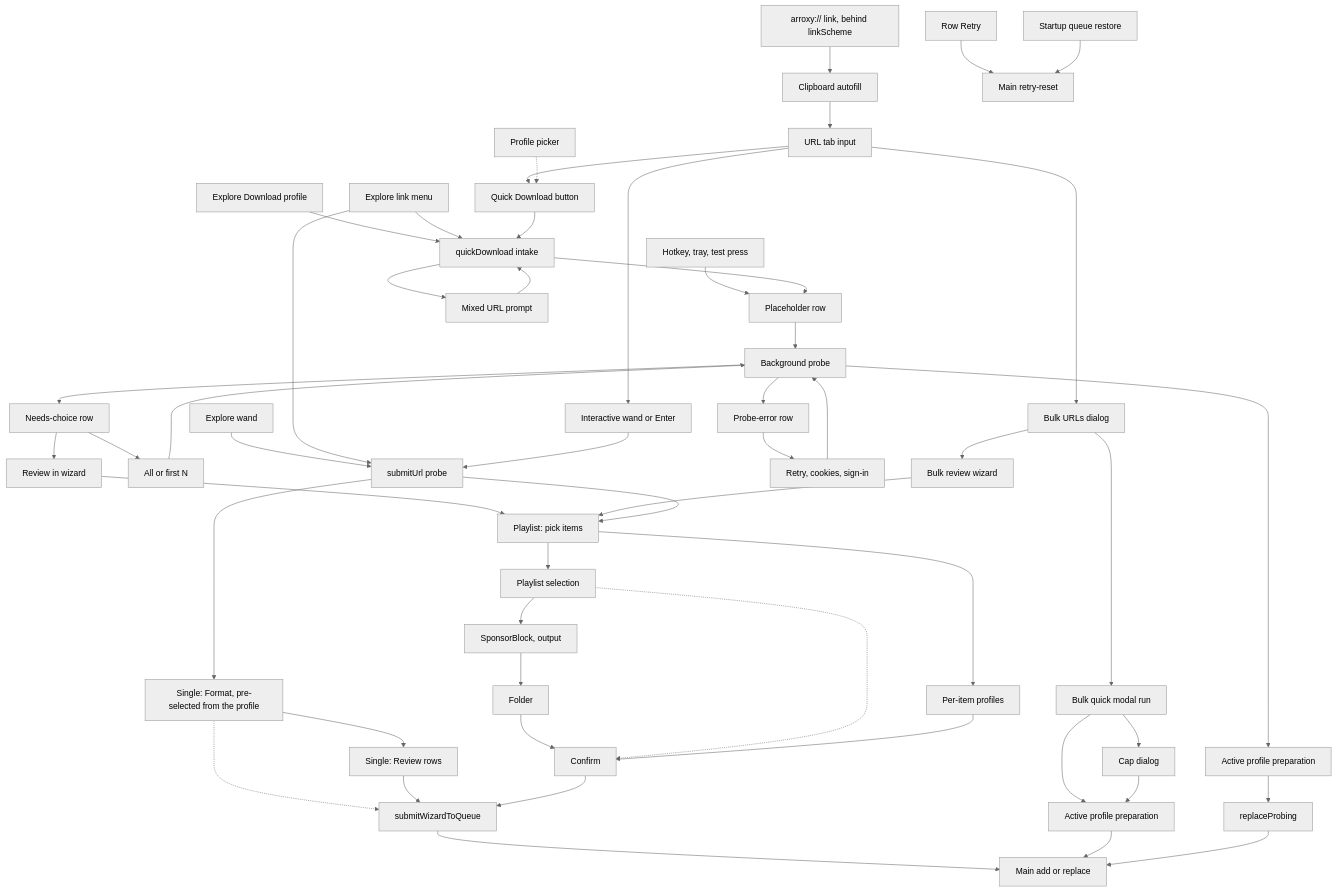
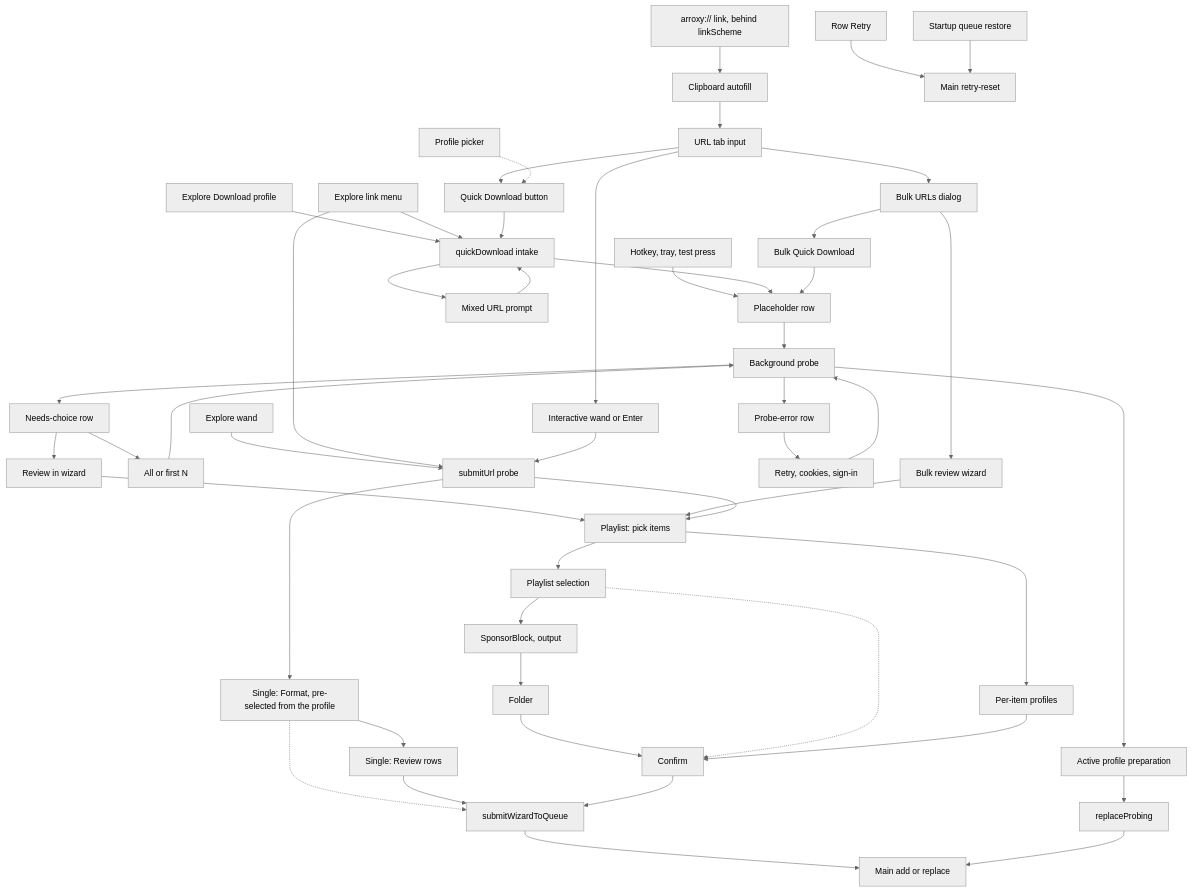
One commit to DragoonT/Arroxy changed the diagram in dev-docs/download-workflows.md. Above: the diagram before and after it, drawn with Mermaid (neutral theme). The commit also changed other lines of this file and 4 other files, not shown here.

First line of the commit message:
test(e2e): Bulk URLs' Quick Download places its links in Downloads at once; docs

````diff
--- a/dev-docs/download-workflows.md
+++ b/dev-docs/download-workflows.md
@@ -30,45 +30,43 @@
 ```mermaid
 graph TD
   URL[URL tab input] --> QBTN[Quick Download button]
   URL --> WAND[Interactive wand or Enter]
   URL --> BULK[Bulk URLs dialog]
   CLIP[Clipboard autofill] --> URL
   LINK[arroxy:// link, behind linkScheme] --> CLIP
   PICK[Profile picker] -.-> QBTN
   EXD[Explore Download profile] --> QD
   EXW[Explore wand] --> SU
   EXL[Explore link menu] --> QD
   EXL --> SU
   HK[Hotkey, tray, test press] --> PLC
   QBTN --> QD[quickDownload intake]
   QD --> MIX[Mixed URL prompt] --> QD
   QD --> PLC[Placeholder row]
   PLC --> PRB[Background probe]
   PRB --> APS[Active profile preparation]
   PRB --> NC[Needs-choice row]
   PRB --> PE[Probe-error row]
   NC --> ALL[All or first N] --> PRB
   NC --> REV[Review in wizard] --> WP
   PE --> RTY[Retry, cookies, sign-in] --> PRB
   APS --> SWAP[replaceProbing]
-  BULK --> BQ[Bulk quick modal run] --> APS2[Active profile preparation]
-  BQ --> CAP[Cap dialog] --> APS2
+  BULK --> BQ[Bulk Quick Download] --> PLC
   BULK --> BW[Bulk review wizard] --> WP
   WAND --> SU[submitUrl probe]
   SU --> WS[Single: Format, pre-selected from the profile]
   WS --> RVW[Single: Review rows]
   WS -.-> SUB
   RVW --> SUB
   SU --> WP[Playlist: pick items]
   WP --> PP[Playlist selection]
   WP --> MPM[Per-item profiles]
   PP --> OPT[SponsorBlock, output]
   OPT --> FLD[Folder] --> CNF[Confirm]
   PP -.-> CNF
   MPM --> CNF
   CNF --> SUB[submitWizardToQueue] --> ADD[Main add or replace]
-  APS2 --> ADD
   SWAP --> ADD
   DLR[Row Retry] --> MAIN[Main retry-reset]
   BOOT[Startup queue restore] --> MAIN
 ```
````
